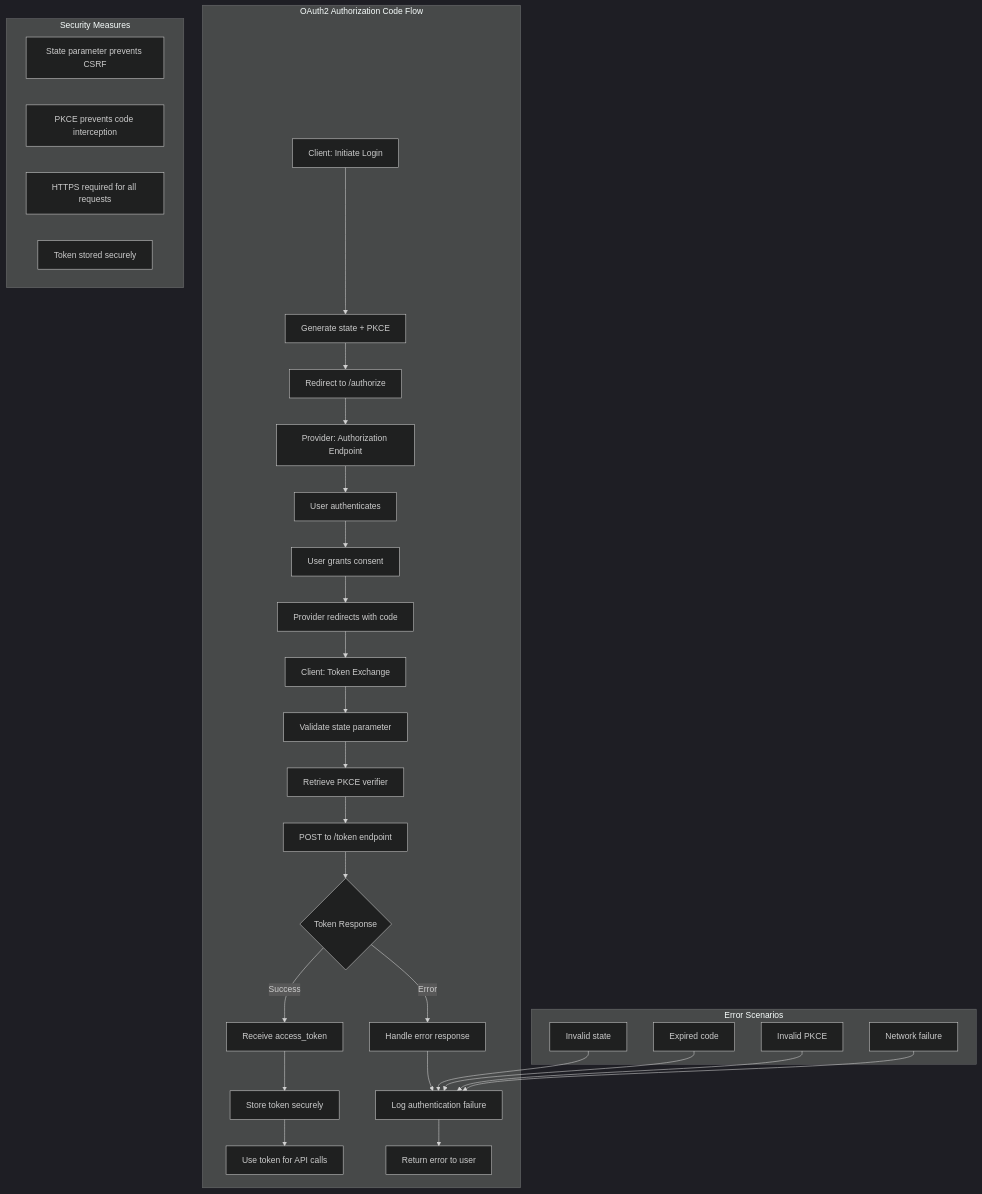
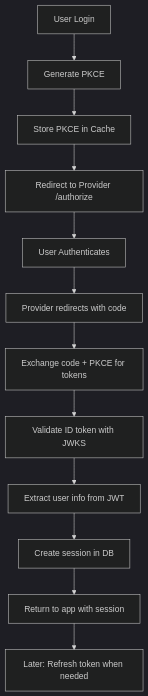
The eighth of 12 diagrams in README.md (ArunN07/oidc_oauth2_implementation), drawn with Mermaid (dark theme) before and after one commit. The commit also changed other lines of this file and 12 other files, not shown here.

````diff
--- a/README.md
+++ b/README.md
@@ -912,41 +282,14 @@
 ```mermaid
-flowchart TD
-    subgraph "OAuth2 Authorization Code Flow"
-        A[Client: Initiate Login] --> B[Generate state + PKCE]
-        B --> C[Redirect to /authorize]
-        
-        C --> D[Provider: Authorization Endpoint]
-        D --> E[User authenticates]
-        E --> F[User grants consent]
-        F --> G[Provider redirects with code]
-        
-        G --> H[Client: Token Exchange]
-        H --> I[Validate state parameter]
-        I --> J[Retrieve PKCE verifier]
-        J --> K[POST to /token endpoint]
-        
-        K --> L{Token Response}
-        L -->|Success| M[Receive access_token]
-        L -->|Error| N[Handle error response]
-        
-        M --> O[Store token securely]
-        O --> P[Use token for API calls]
-        
-        N --> Q[Log authentication failure]
-        Q --> R[Return error to user]
-    end
-    
-    subgraph "Error Scenarios"
-        S[Invalid state] --> Q
-        T[Expired code] --> Q
-        U[Invalid PKCE] --> Q
-        V[Network failure] --> Q
-    end
-    
-    subgraph "Security Measures"
-        W[State parameter prevents CSRF]
-        X[PKCE prevents code interception]
-        Y[HTTPS required for all requests]
-        Z[Token stored securely]
-    end
+graph TD
+    A[User Login] --> B[Generate PKCE]
+    B --> C[Store PKCE in Cache]
+    C --> D[Redirect to Provider /authorize]
+    D --> E[User Authenticates]
+    E --> F[Provider redirects with code]
+    F --> G[Exchange code + PKCE for tokens]
+    G --> H[Validate ID token with JWKS]
+    H --> I[Extract user info from JWT]
+    I --> J[Create session in DB]
+    J --> K[Return to app with session]
+    K --> L[Later: Refresh token when needed]
 ```
````
